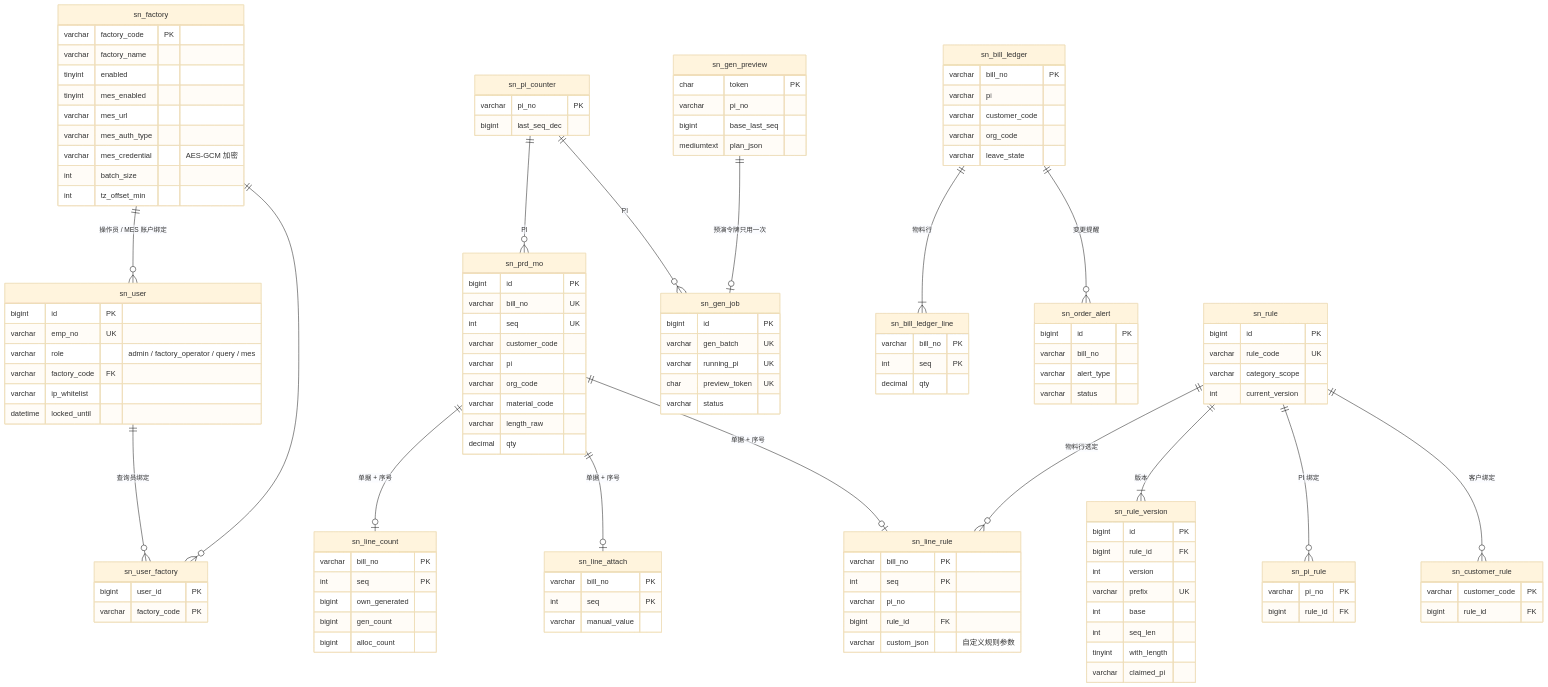
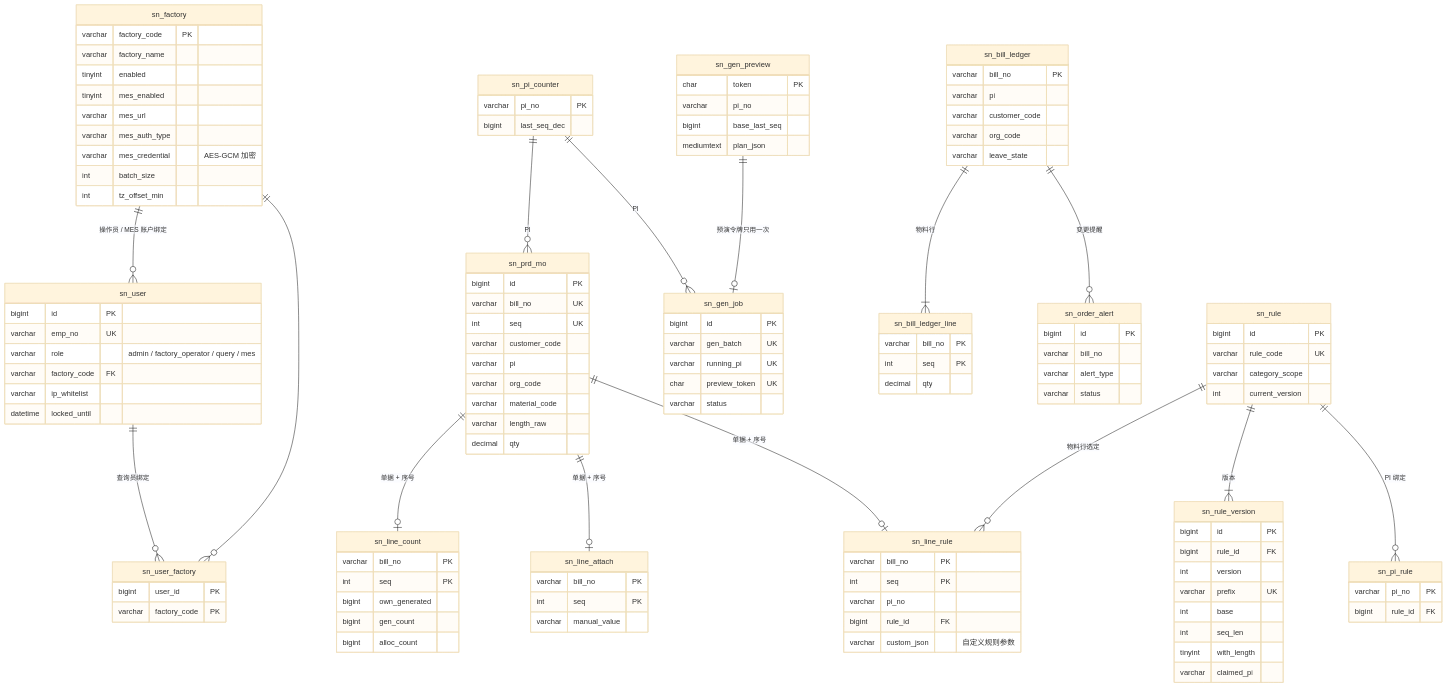
One commit to Createsnow/sn-center changed the diagram in docs/images/系统技术方案/fig2-5-er-base.mmd. Above: the diagram before and after it, drawn with Mermaid (base theme). The commit also changed 35 other files, not shown here.

```diff
--- a/docs/images/系统技术方案/fig2-5-er-base.mmd
+++ b/docs/images/系统技术方案/fig2-5-er-base.mmd
@@ -1,128 +1,123 @@
 erDiagram
   sn_factory ||--o{ sn_user : "操作员 / MES 账户绑定"
   sn_user ||--o{ sn_user_factory : "查询员绑定"
   sn_factory ||--o{ sn_user_factory : ""
   sn_prd_mo ||--o| sn_line_count : "单据 + 序号"
   sn_prd_mo ||--o| sn_line_attach : "单据 + 序号"
   sn_prd_mo ||--o| sn_line_rule : "单据 + 序号"
   sn_rule ||--|{ sn_rule_version : "版本"
   sn_rule ||--o{ sn_pi_rule : "PI 绑定"
-  sn_rule ||--o{ sn_customer_rule : "客户绑定"
   sn_rule ||--o{ sn_line_rule : "物料行选定"
   sn_pi_counter ||--o{ sn_prd_mo : "PI"
   sn_pi_counter ||--o{ sn_gen_job : "PI"
   sn_gen_preview ||--o| sn_gen_job : "预演令牌只用一次"
   sn_bill_ledger ||--|{ sn_bill_ledger_line : "物料行"
   sn_bill_ledger ||--o{ sn_order_alert : "变更提醒"
   sn_factory {
     varchar factory_code PK
     varchar factory_name
     tinyint enabled
     tinyint mes_enabled
     varchar mes_url
     varchar mes_auth_type
     varchar mes_credential "AES-GCM 加密"
     int batch_size
     int tz_offset_min
   }
   sn_user {
     bigint id PK
     varchar emp_no UK
     varchar role "admin / factory_operator / query / mes"
     varchar factory_code FK
     varchar ip_whitelist
     datetime locked_until
   }
   sn_user_factory {
     bigint user_id PK
     varchar factory_code PK
   }
   sn_prd_mo {
     bigint id PK
     varchar bill_no UK
     int seq UK
     varchar customer_code
     varchar pi
     varchar org_code
     varchar material_code
     varchar length_raw
     decimal qty
   }
   sn_line_count {
     varchar bill_no PK
     int seq PK
     bigint own_generated
     bigint gen_count
     bigint alloc_count
   }
   sn_line_attach {
     varchar bill_no PK
     int seq PK
     varchar manual_value
   }
   sn_line_rule {
     varchar bill_no PK
     int seq PK
     varchar pi_no
     bigint rule_id FK
     varchar custom_json "自定义规则参数"
   }
   sn_rule {
     bigint id PK
     varchar rule_code UK
     varchar category_scope
     int current_version
   }
   sn_rule_version {
     bigint id PK
     bigint rule_id FK
     int version
     varchar prefix UK
     int base
     int seq_len
     tinyint with_length
     varchar claimed_pi
   }
   sn_pi_rule {
     varchar pi_no PK
     bigint rule_id FK
   }
-  sn_customer_rule {
-    varchar customer_code PK
-    bigint rule_id FK
-  }
   sn_pi_counter {
     varchar pi_no PK
     bigint last_seq_dec
   }
   sn_gen_preview {
     char token PK
     varchar pi_no
     bigint base_last_seq
     mediumtext plan_json
   }
   sn_gen_job {
     bigint id PK
     varchar gen_batch UK
     varchar running_pi UK
     char preview_token UK
     varchar status
   }
   sn_bill_ledger {
     varchar bill_no PK
     varchar pi
     varchar customer_code
     varchar org_code
     varchar leave_state
   }
   sn_bill_ledger_line {
     varchar bill_no PK
     int seq PK
     decimal qty
   }
   sn_order_alert {
     bigint id PK
     varchar bill_no
     varchar alert_type
     varchar status
   }
```
